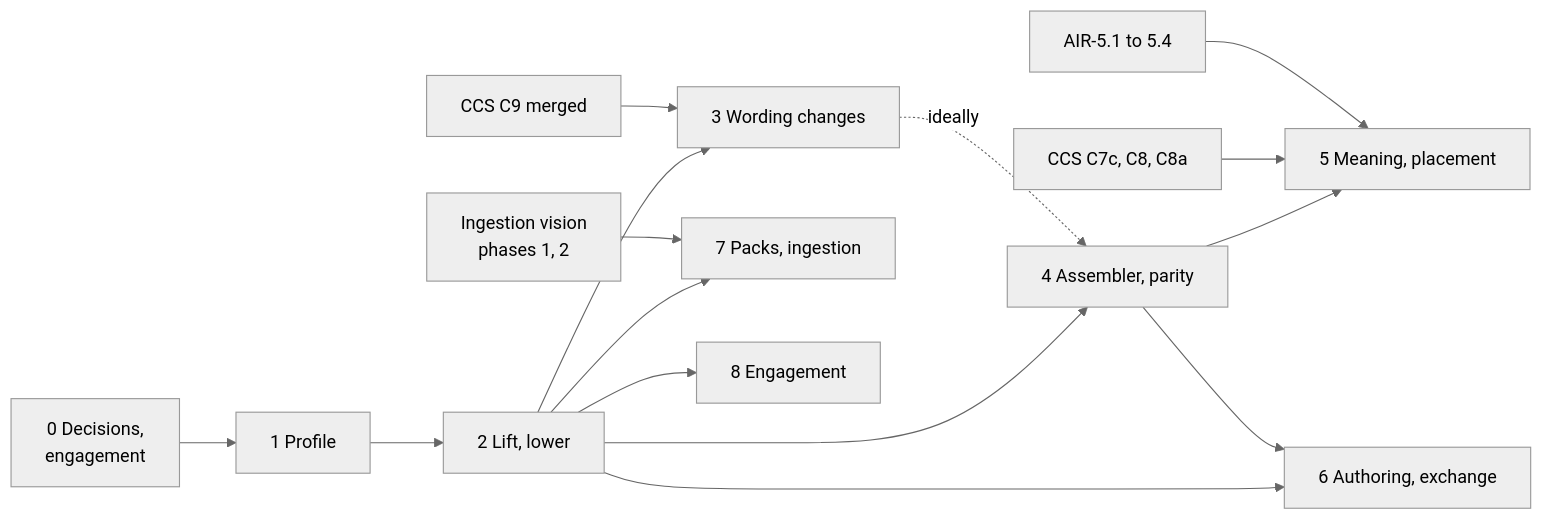
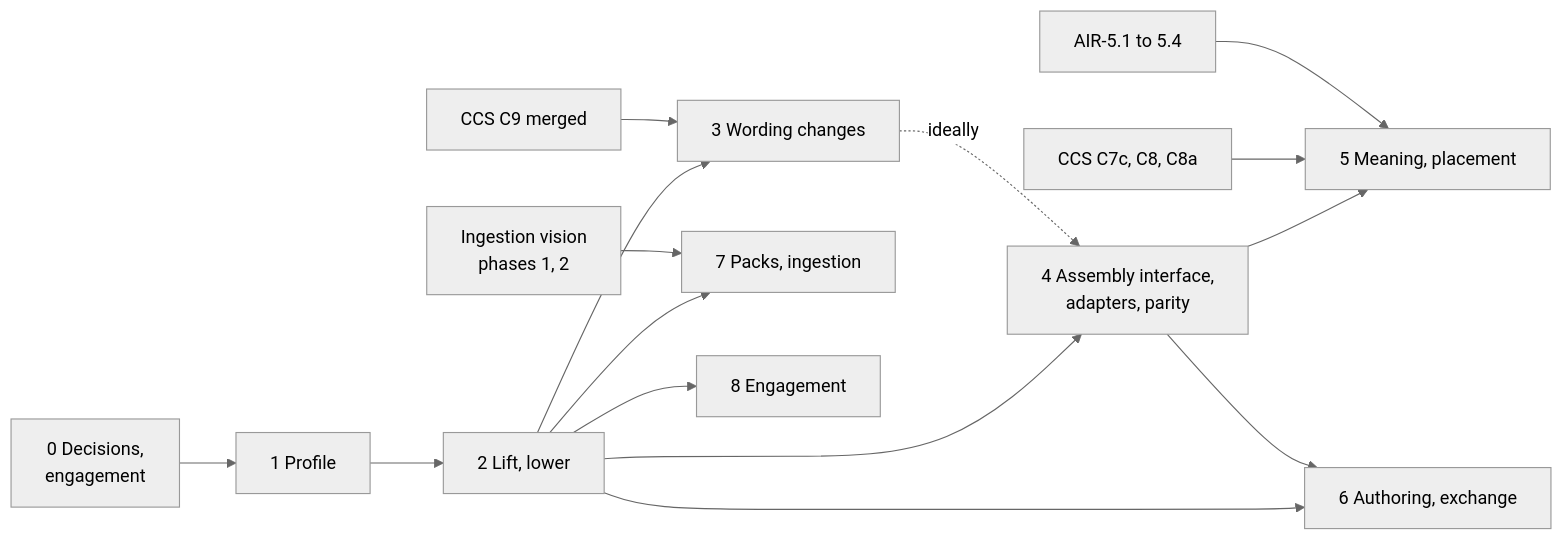
One commit to nebularis/lattice changed the diagram in docs/developer/plans/insurml-alignment.md. Above: the diagram before and after it, drawn with Mermaid (neutral theme). The commit also changed other lines of this file and 8 other files, not shown here.

````diff
--- a/docs/developer/plans/insurml-alignment.md
+++ b/docs/developer/plans/insurml-alignment.md
@@ -57,17 +60,17 @@
 ```mermaid
 flowchart LR
     P0["0 Decisions,<br/>engagement"] --> P1["1 Profile"]
     P1 --> P2["2 Lift, lower"]
     P2 --> P3["3 Wording changes"]
     C9["CCS C9 merged"] --> P3
-    P2 --> P4["4 Assembler, parity"]
+    P2 --> P4["4 Assembly interface,<br/>adapters, parity"]
     P3 -. "ideally" .-> P4
     P4 --> P5["5 Meaning, placement"]
     CCS["CCS C7c, C8, C8a"] --> P5
     AIR["AIR-5.1 to 5.4"] --> P5
     P2 --> P6["6 Authoring, exchange"]
     P4 --> P6
     P2 --> P7["7 Packs, ingestion"]
     ING["Ingestion vision<br/>phases 1, 2"] --> P7
     P2 --> P8["8 Engagement"]
 ```
````
